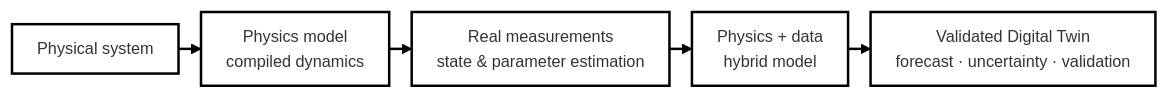
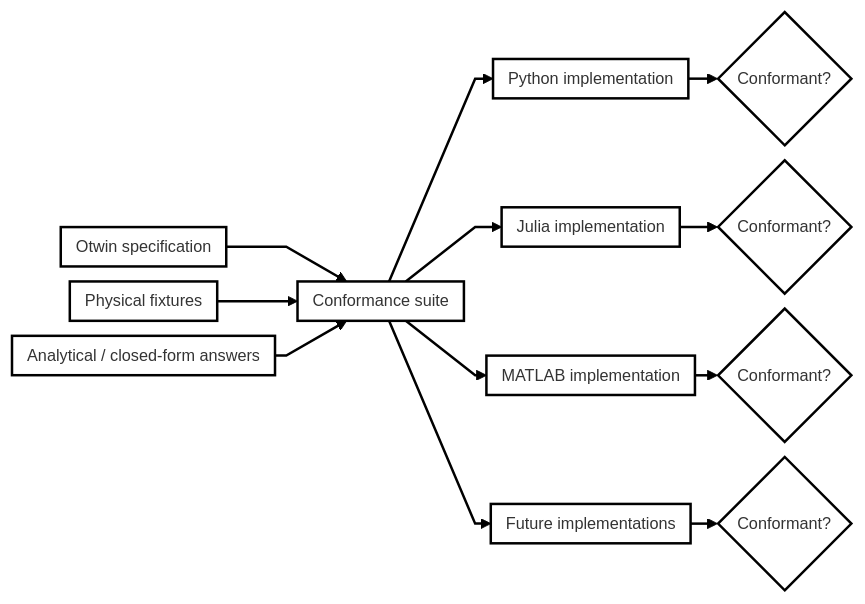
One commit to otwin-core/otwin changed the third of 11 diagrams in README.md. Above: the diagram before and after it, drawn with Mermaid. The commit also changed other lines of this file, not shown here.

````diff
--- a/README.md
+++ b/README.md
@@ -113,21 +210,32 @@
 ```mermaid
 ---
 config:
+  layout: fixed
   theme: neo
   fontFamily: '''Open Sans Variable'', sans-serif'
   themeVariables:
     fontFamily: '''Open Sans Variable'', sans-serif'
-    fontSize: 13px
-  flowchart:
-    nodeSpacing: 22
-    rankSpacing: 18
-    padding: 10
-    curve: linear
-  layout: fixed
 ---
+%%{init: {"flowchart": {"nodeSpacing": 12, "rankSpacing": 18, "padding": 6, "curve": "linear"}, "themeVariables": {"fontSize": "13px"}}}%%
+
 flowchart LR
-    A["Physical system"] --> B["Physics model<br/>compiled dynamics"]
-    B --> C["Real measurements<br/>state & parameter estimation"]
-    C --> D["Physics + data<br/>hybrid model"]
-    D --> E["Validated Digital Twin<br/>forecast · uncertainty · validation"]
+
+    A["Otwin specification"]
+    B["Physical fixtures"]
+    C["Analytical / closed-form answers"]
+    D["Conformance suite"]
+
+    A --> D
+    B --> D
+    C --> D
+
+    D --> E["Python implementation"]
+    D --> F["Julia implementation"]
+    D --> G["MATLAB implementation"]
+    D --> H["Future implementations"]
+
+    E --> I{"Conformant?"}
+    F --> J{"Conformant?"}
+    G --> K{"Conformant?"}
+    H --> L{"Conformant?"}
 ```
````
